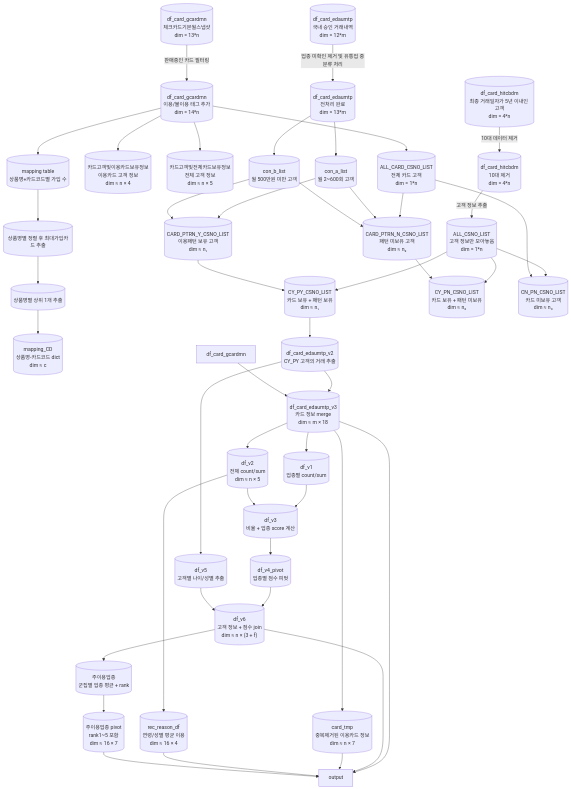
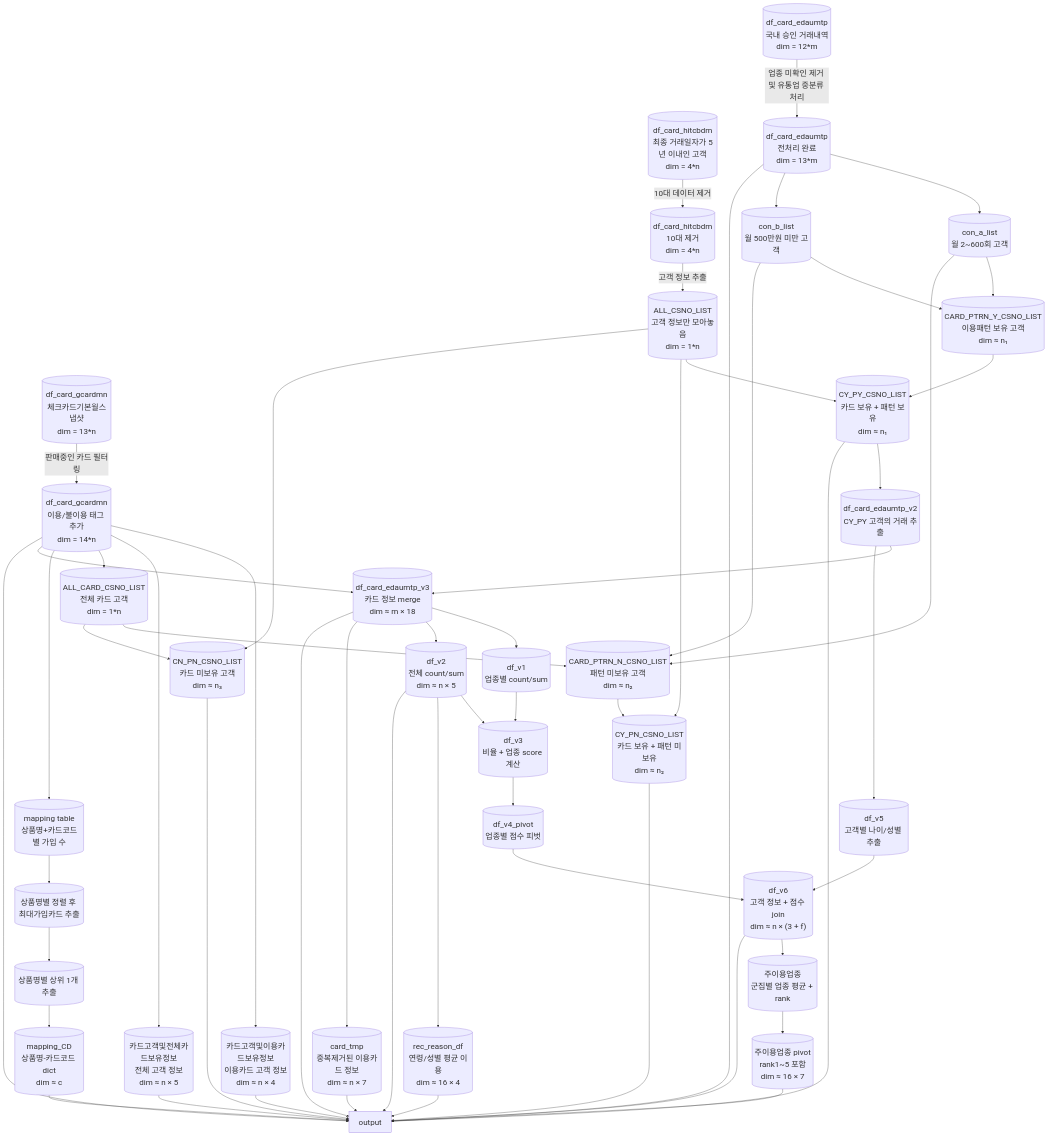
One commit to Sudkorea/aistudy changed the diagram in mermaid/preprocessing.md. Above: the diagram before and after it, drawn with Mermaid. The commit also changed other lines of this file and 9 other files, not shown here.

````diff
--- a/mermaid/preprocessing.md
+++ b/mermaid/preprocessing.md
@@ -7,139 +7,162 @@
 
 ---
 
+%%{init: {'themeVariables': {'fontSize': '25px'}}}%%
+
 flowchart TD
 
-    %% 고객 정보 전처리
+    %% 고객 정보 전처리
 
-    h[("df_card_hitcbdm<br>최종 거래일자가 5년 이내인 고객<br>dim = 4*n")]
+    h[("df_card_hitcbdm<br>최종 거래일자가 5년 이내인 고객<br>dim = 4*n")]
 
-    h -->|10대 데이터 제거| hit[("df_card_hitcbdm<br>10대 제거<br>dim = 4*n")]
+    h -->|10대 데이터 제거| hit[("df_card_hitcbdm<br>10대 제거<br>dim = 4*n")]
 
-    hit -->|고객 정보 추출| ALL_CSNO_LIST[("ALL_CSNO_LIST<br>고객 정보만 모아놓음<br>dim = 1*n")]
+    hit -->|고객 정보 추출| ALL_CSNO_LIST[("ALL_CSNO_LIST<br>고객 정보만 모아놓음<br>dim = 1*n")]
 
   
 
-    %% 카드 정보 처리
+    %% 카드 정보 처리
 
-    c[("df_card_gcardmn<br>체크카드기본월스냅샷<br>dim = 13*n")]
+    c[("df_card_gcardmn<br>체크카드기본월스냅샷<br>dim = 13*n")]
 
-    c -->|판매중인 카드 필터링| card[("df_card_gcardmn<br>이용/불이용 태그 추가<br>dim = 14*n")]
+    c -->|판매중인 카드 필터링| card[("df_card_gcardmn<br>이용/불이용 태그 추가<br>dim = 14*n")]
 
-    card --> card_using_customer[("카드고객및이용카드보유정보<br>이용카드 고객 정보<br>dim ≈ n × 4")]
+    card --> card_using_customer[("카드고객및이용카드보유정보<br>이용카드 고객 정보<br>dim ≈ n × 4")]
 
-    card --> card_all_customer[("카드고객및전체카드보유정보<br>전체 고객 정보<br>dim ≈ n × 5")]
+    card --> card_all_customer[("카드고객및전체카드보유정보<br>전체 고객 정보<br>dim ≈ n × 5")]
 
-    card --> ALL_CARD_CSNO_LIST[("ALL_CARD_CSNO_LIST<br>전체 카드 고객<br>dim = 1*n")]
+    card --> ALL_CARD_CSNO_LIST[("ALL_CARD_CSNO_LIST<br>전체 카드 고객<br>dim = 1*n")]
 
-    card --> mt[("mapping table<br>상품명+카드코드별 가입 수")]
+    card --> mt[("mapping table<br>상품명+카드코드별 가입 수")]
 
-    mt --> mt2[("상품명별 정렬 후 최대가입카드 추출")]
+    mt --> mt2[("상품명별 정렬 후 최대가입카드 추출")]
 
-    mt2 --> mt3[("상품명별 상위 1개 추출")]
+    mt2 --> mt3[("상품명별 상위 1개 추출")]
 
-    mt3 --> mtcd[("mapping_CD<br>상품명-카드코드 dict<br>dim ≈ c")]
+    mt3 --> mtcd[("mapping_CD<br>상품명-카드코드 dict<br>dim ≈ c")]
 
   
 
-    %% 거래 데이터 전처리
+    %% 거래 데이터 전처리
 
-    e[("df_card_edaumtp<br>국내 승인 거래내역<br>dim = 12*m")]
+    e[("df_card_edaumtp<br>국내 승인 거래내역<br>dim = 12*m")]
 
-    e -->|업종 미확인 제거 및 유통업 중분류 처리| edau[("df_card_edaumtp<br>전처리 완료<br>dim = 13*m")]
+    e -->|업종 미확인 제거 및 유통업 중분류 처리| edau[("df_card_edaumtp<br>전처리 완료<br>dim = 13*m")]
 
   
 
-    %% 패턴 기반 조건
+    %% 패턴 기반 조건
 
-    edau --> con_a[("con_a_list<br>월 2~600회 고객")]
+    edau --> con_a[("con_a_list<br>월 2~600회 고객")]
 
-    edau --> con_b[("con_b_list<br>월 500만원 미만 고객")]
+    edau --> con_b[("con_b_list<br>월 500만원 미만 고객")]
 
-    con_a --> CARD_PTRN_Y_CSNO_LIST[("CARD_PTRN_Y_CSNO_LIST<br>이용패턴 보유 고객<br>dim ≈ n₁")]
+    con_a --> CARD_PTRN_Y_CSNO_LIST[("CARD_PTRN_Y_CSNO_LIST<br>이용패턴 보유 고객<br>dim ≈ n₁")]
 
-    con_b --> CARD_PTRN_Y_CSNO_LIST
+    con_b --> CARD_PTRN_Y_CSNO_LIST
 
-    ALL_CARD_CSNO_LIST --> CARD_PTRN_N_CSNO_LIST[("CARD_PTRN_N_CSNO_LIST<br>패턴 미보유 고객<br>dim ≈ n₂")]
+    ALL_CARD_CSNO_LIST --> CARD_PTRN_N_CSNO_LIST[("CARD_PTRN_N_CSNO_LIST<br>패턴 미보유 고객<br>dim ≈ n₂")]
 
-    con_a --> CARD_PTRN_N_CSNO_LIST
+    con_a --> CARD_PTRN_N_CSNO_LIST
 
-    con_b --> CARD_PTRN_N_CSNO_LIST
+    con_b --> CARD_PTRN_N_CSNO_LIST
 
   
 
-    ALL_CSNO_LIST --> CY_PY_CSNO_LIST[("CY_PY_CSNO_LIST<br>카드 보유 + 패턴 보유<br>dim ≈ n₁")]
+    ALL_CSNO_LIST --> CY_PY_CSNO_LIST[("CY_PY_CSNO_LIST<br>카드 보유 + 패턴 보유<br>dim ≈ n₁")]
 
-    CARD_PTRN_Y_CSNO_LIST --> CY_PY_CSNO_LIST
+    CARD_PTRN_Y_CSNO_LIST --> CY_PY_CSNO_LIST
 
   
 
-    ALL_CSNO_LIST --> CY_PN_CSNO_LIST[("CY_PN_CSNO_LIST<br>카드 보유 + 패턴 미보유<br>dim ≈ n₂")]
+    ALL_CSNO_LIST --> CY_PN_CSNO_LIST[("CY_PN_CSNO_LIST<br>카드 보유 + 패턴 미보유<br>dim ≈ n₂")]
 
-    CARD_PTRN_N_CSNO_LIST --> CY_PN_CSNO_LIST
+    CARD_PTRN_N_CSNO_LIST --> CY_PN_CSNO_LIST
 
   
 
-    ALL_CSNO_LIST --> CN_PN_CSNO_LIST[("CN_PN_CSNO_LIST<br>카드 미보유 고객<br>dim ≈ n₃")]
+    ALL_CSNO_LIST --> CN_PN_CSNO_LIST[("CN_PN_CSNO_LIST<br>카드 미보유 고객<br>dim ≈ n₃")]
 
-    ALL_CARD_CSNO_LIST --> CN_PN_CSNO_LIST
+    ALL_CARD_CSNO_LIST --> CN_PN_CSNO_LIST
 
   
 
-    %% 패턴 고객 분석 시작
+    %% 패턴 고객 분석 시작
 
-    CY_PY_CSNO_LIST --> df_card_edaumtp_v2[("df_card_edaumtp_v2<br>CY_PY 고객의 거래 추출")]
+    CY_PY_CSNO_LIST --> df_card_edaumtp_v2[("df_card_edaumtp_v2<br>CY_PY 고객의 거래 추출")]
 
-    df_card_edaumtp_v2 --> df_card_edaumtp_v3[("df_card_edaumtp_v3<br>카드 정보 merge<br>dim ≈ m × 18")]
+    df_card_edaumtp_v2 --> df_card_edaumtp_v3[("df_card_edaumtp_v3<br>카드 정보 merge<br>dim ≈ m × 18")]
 
-    df_card_gcardmn --> df_card_edaumtp_v3
+    card --> df_card_edaumtp_v3
 
-    df_card_edaumtp_v2 --> df_v5[("df_v5<br>고객별 나이/성별 추출")]
+    df_card_edaumtp_v2 --> df_v5[("df_v5<br>고객별 나이/성별 추출")]
 
   
 
-    %% 업종별 사용량
+    %% 업종별 사용량
 
-    df_card_edaumtp_v3 --> df_v1[("df_v1<br>업종별 count/sum")]
+    df_card_edaumtp_v3 --> df_v1[("df_v1<br>업종별 count/sum")]
 
-    df_card_edaumtp_v3 --> df_v2[("df_v2<br>전체 count/sum<br>dim ≈ n × 5")]
+    df_card_edaumtp_v3 --> df_v2[("df_v2<br>전체 count/sum<br>dim ≈ n × 5")]
 
-    df_card_edaumtp_v3 --> card_tmp[("card_tmp<br>중복제거된 이용카드 정보<br>dim ≈ n × 7")]
+    df_card_edaumtp_v3 --> card_tmp[("card_tmp<br>중복제거된 이용카드 정보<br>dim ≈ n × 7")]
 
-    df_card_edaumtp_v3 --> out
 
   
 
-    df_v1 --> df_v3[("df_v3<br>비율 + 업종 score 계산")]
+    df_v1 --> df_v3[("df_v3<br>비율 + 업종 score 계산")]
 
-    df_v2 --> df_v3
+    df_v2 --> df_v3
 
-    df_v3 --> df_v4_pivot[("df_v4_pivot<br>업종별 점수 피벗")]
+    df_v3 --> df_v4_pivot[("df_v4_pivot<br>업종별 점수 피벗")]
 
-    df_v4_pivot --> df_v6[("df_v6<br>고객 정보 + 점수 join<br>dim ≈ n × (3 + f)")]
+    df_v4_pivot --> df_v6[("df_v6<br>고객 정보 + 점수 join<br>dim ≈ n × (3 + f)")]
 
   
 
-    df_v5 --> df_v6
+    df_v5 --> df_v6
 
-    df_v2 --> rec_reason_df[("rec_reason_df<br>연령/성별 평균 이용<br>dim ≈ 16 × 4")]
+    df_v2 --> rec_reason_df[("rec_reason_df<br>연령/성별 평균 이용<br>dim ≈ 16 × 4")]
 
   
 
-    %% 주이용 업종 추출
+    %% 주이용 업종 추출
 
-    df_v6 --> 주이용업종[("주이용업종<br>군집별 업종 평균 + rank")]
+    df_v6 --> 주이용업종[("주이용업종<br>군집별 업종 평균 + rank")]
 
-    주이용업종 --> 주이용업종_pivot[("주이용업종 pivot<br>rank1~5 포함<br>dim ≈ 16 × 7")]
+    주이용업종 --> 주이용업종_pivot[("주이용업종 pivot<br>rank1~5 포함<br>dim ≈ 16 × 7")]
 
   
 
-    %% Output
+    %% Output
 
-    df_v6 --> out["output"]
 
-    card_tmp --> out
 
-    rec_reason_df --> out
+    df_v6 --> out["output"]
 
-    주이용업종_pivot --> out
+    card_tmp --> out
+
+    rec_reason_df --> out
+
+    주이용업종_pivot --> out
+
+    card_using_customer --> out
+
+    card_all_customer --> out
+
+    mtcd --> out
+
+    df_card_edaumtp_v3 --> out
+
+    CY_PY_CSNO_LIST --> out
+
+    CY_PN_CSNO_LIST --> out
+
+    CN_PN_CSNO_LIST --> out
+
+    df_v2 --> out
+
+    edau --> out
+
+    card --> out
 ```
````
